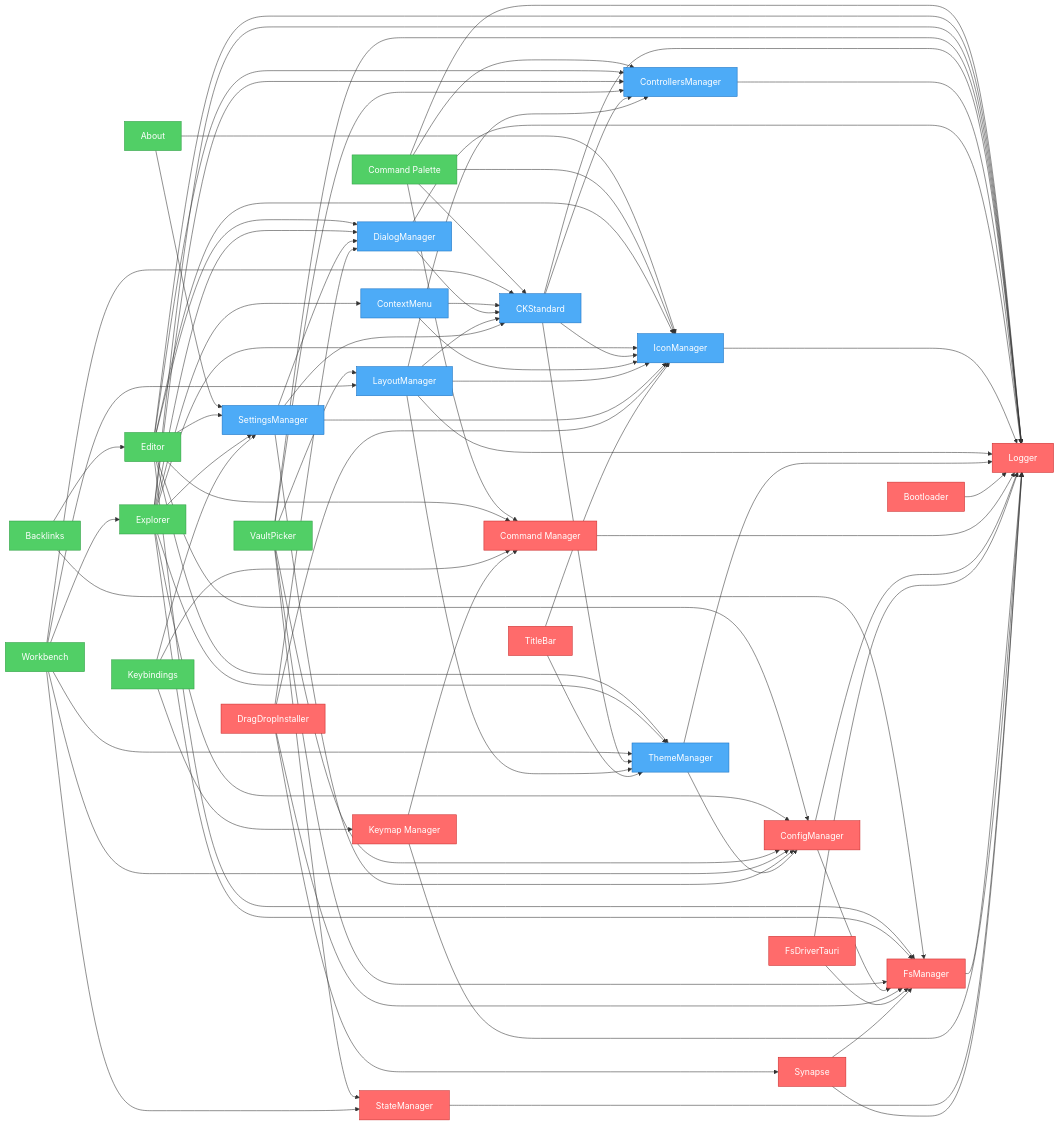
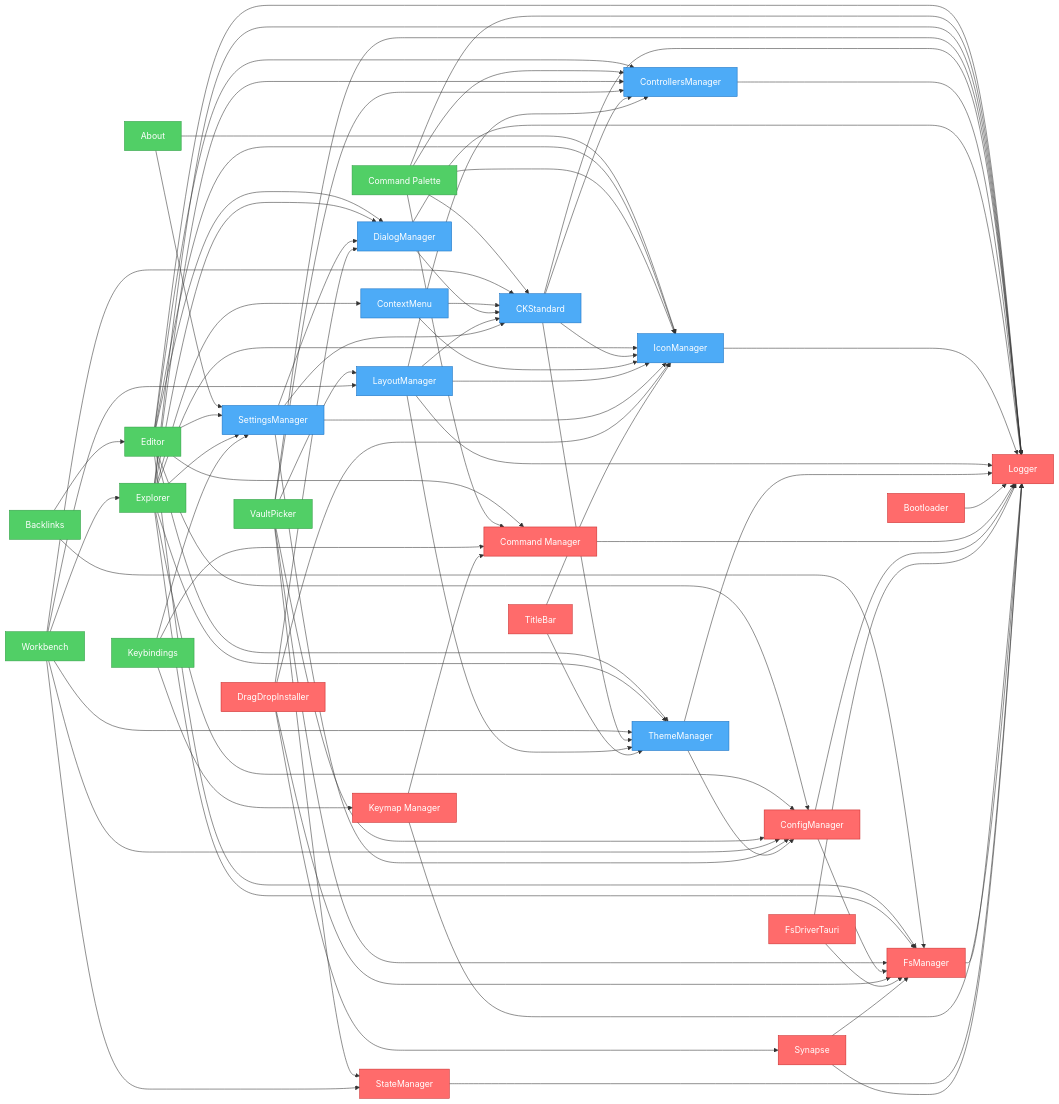
Before and after one commit to khton-tech/notehub.md: the diagram in artifacts/graph.mmd, drawn with Mermaid. The commit also changed 8 other files, not shown here.

Commit message:
feat: Add Android build configuration, plugin dependency graph visualization, and CLI tools for plugin creation and management.

```diff
--- a/artifacts/graph.mmd
+++ b/artifacts/graph.mmd
@@ -1,118 +1,118 @@
 flowchart LR
     nh_features_about["About"]
     nh_features_backlinks["Backlinks"]
+    nh_features_editor["Editor"]
     nh_features_command-palette["Command Palette"]
-    nh_features_editor["Editor"]
     nh_features_explorer["Explorer"]
     nh_features_keybindings["Keybindings"]
     nh_features_vault-picker["VaultPicker"]
     nh_features_workbench["Workbench"]
     nh_ui_ck-standard["CKStandard"]
     nh_ui_context-menu["ContextMenu"]
     nh_ui_controllers-manager["ControllersManager"]
     nh_ui_dialog-manager["DialogManager"]
     nh_ui_icon-manager["IconManager"]
     nh_ui_layout-manager["LayoutManager"]
     nh_ui_settings-manager["SettingsManager"]
     nh_ui_theme-manager["ThemeManager"]
     nh_system_bootloader["Bootloader"]
     nh_system_command-manager["Command Manager"]
     nh_system_config-manager["ConfigManager"]
     nh_system_drag-drop["DragDropInstaller"]
     nh_system_fs-driver-tauri["FsDriverTauri"]
     nh_system_fs-manager["FsManager"]
     nh_system_keymap["Keymap Manager"]
     nh_system_logger["Logger"]
     nh_system_state-manager["StateManager"]
     nh_system_synapse["Synapse"]
     nh_system_titlebar["TitleBar"]
     nh_features_about --> nh_ui_settings-manager
     nh_features_about --> nh_ui_icon-manager
     nh_features_backlinks --> nh_features_editor
     nh_features_backlinks --> nh_system_fs-manager
-    nh_features_command-palette --> nh_system_command-manager
-    nh_features_command-palette --> nh_system_logger
-    nh_features_command-palette --> nh_ui_controllers-manager
-    nh_features_command-palette --> nh_ui_ck-standard
-    nh_features_command-palette --> nh_ui_icon-manager
     nh_features_editor --> nh_system_config-manager
     nh_features_editor --> nh_system_command-manager
     nh_features_editor --> nh_ui_settings-manager
     nh_features_editor --> nh_system_fs-manager
     nh_features_editor --> nh_system_logger
     nh_features_editor --> nh_ui_controllers-manager
     nh_features_editor --> nh_ui_dialog-manager
     nh_features_editor --> nh_ui_icon-manager
     nh_features_editor --> nh_ui_theme-manager
+    nh_features_command-palette --> nh_system_command-manager
+    nh_features_command-palette --> nh_system_logger
+    nh_features_command-palette --> nh_ui_controllers-manager
+    nh_features_command-palette --> nh_ui_ck-standard
+    nh_features_command-palette --> nh_ui_icon-manager
     nh_features_explorer --> nh_system_config-manager
     nh_features_explorer --> nh_ui_settings-manager
     nh_features_explorer --> nh_system_fs-manager
     nh_features_explorer --> nh_system_logger
     nh_features_explorer --> nh_ui_controllers-manager
     nh_features_explorer --> nh_ui_icon-manager
     nh_features_explorer --> nh_ui_theme-manager
     nh_features_explorer --> nh_ui_context-menu
     nh_features_explorer --> nh_ui_dialog-manager
     nh_features_keybindings --> nh_ui_settings-manager
     nh_features_keybindings --> nh_system_command-manager
     nh_features_keybindings --> nh_system_keymap
     nh_features_vault-picker --> nh_system_fs-manager
     nh_features_vault-picker --> nh_system_config-manager
     nh_features_vault-picker --> nh_system_state-manager
     nh_features_vault-picker --> nh_system_logger
     nh_features_vault-picker --> nh_ui_controllers-manager
     nh_features_vault-picker --> nh_ui_layout-manager
     nh_features_workbench --> nh_system_config-manager
     nh_features_workbench --> nh_ui_layout-manager
     nh_features_workbench --> nh_ui_theme-manager
     nh_features_workbench --> nh_ui_ck-standard
     nh_features_workbench --> nh_system_state-manager
     nh_features_workbench --> nh_features_explorer
     nh_ui_ck-standard --> nh_system_logger
     nh_ui_ck-standard --> nh_ui_controllers-manager
     nh_ui_ck-standard --> nh_ui_icon-manager
     nh_ui_ck-standard --> nh_ui_theme-manager
     nh_ui_context-menu --> nh_ui_icon-manager
     nh_ui_context-menu --> nh_ui_ck-standard
     nh_ui_controllers-manager --> nh_system_logger
     nh_ui_dialog-manager --> nh_system_logger
     nh_ui_dialog-manager --> nh_ui_ck-standard
     nh_ui_icon-manager --> nh_system_logger
     nh_ui_layout-manager --> nh_system_logger
     nh_ui_layout-manager --> nh_ui_theme-manager
     nh_ui_layout-manager --> nh_ui_icon-manager
     nh_ui_layout-manager --> nh_ui_controllers-manager
     nh_ui_layout-manager --> nh_ui_ck-standard
     nh_ui_settings-manager --> nh_system_config-manager
     nh_ui_settings-manager --> nh_ui_ck-standard
     nh_ui_settings-manager --> nh_ui_icon-manager
     nh_ui_settings-manager --> nh_ui_dialog-manager
     nh_ui_theme-manager --> nh_system_logger
     nh_ui_theme-manager --> nh_system_config-manager
     nh_system_bootloader --> nh_system_logger
     nh_system_command-manager --> nh_system_logger
     nh_system_config-manager --> nh_system_logger
     nh_system_config-manager --> nh_system_fs-manager
     nh_system_drag-drop --> nh_ui_icon-manager
     nh_system_drag-drop --> nh_ui_dialog-manager
     nh_system_drag-drop --> nh_system_fs-manager
     nh_system_drag-drop --> nh_system_synapse
     nh_system_fs-driver-tauri --> nh_system_logger
     nh_system_fs-driver-tauri --> nh_system_fs-manager
     nh_system_fs-manager --> nh_system_logger
     nh_system_keymap --> nh_system_command-manager
     nh_system_keymap --> nh_system_logger
     nh_system_state-manager --> nh_system_logger
     nh_system_synapse --> nh_system_fs-manager
     nh_system_synapse --> nh_system_logger
     nh_system_titlebar --> nh_ui_icon-manager
     nh_system_titlebar --> nh_ui_theme-manager
 
     %% Styles
     classDef system fill:#ff6b6b,stroke:#c92a2a,color:#fff
     classDef ui fill:#4dabf7,stroke:#1971c2,color:#fff
     classDef feature fill:#51cf66,stroke:#2f9e44,color:#fff
     class nh_features_about,nh_features_backlinks,nh_features_keybindings,nh_features_vault-picker feature
-    class nh_features_command-palette,nh_features_editor,nh_features_explorer,nh_features_workbench feature
+    class nh_features_editor,nh_features_command-palette,nh_features_explorer,nh_features_workbench feature
     class nh_ui_ck-standard,nh_ui_context-menu,nh_ui_controllers-manager,nh_ui_dialog-manager,nh_ui_icon-manager,nh_ui_layout-manager,nh_ui_settings-manager,nh_ui_theme-manager ui
     class nh_system_bootloader,nh_system_command-manager,nh_system_config-manager,nh_system_drag-drop,nh_system_fs-driver-tauri,nh_system_fs-manager,nh_system_keymap,nh_system_logger,nh_system_state-manager,nh_system_synapse,nh_system_titlebar system
```
